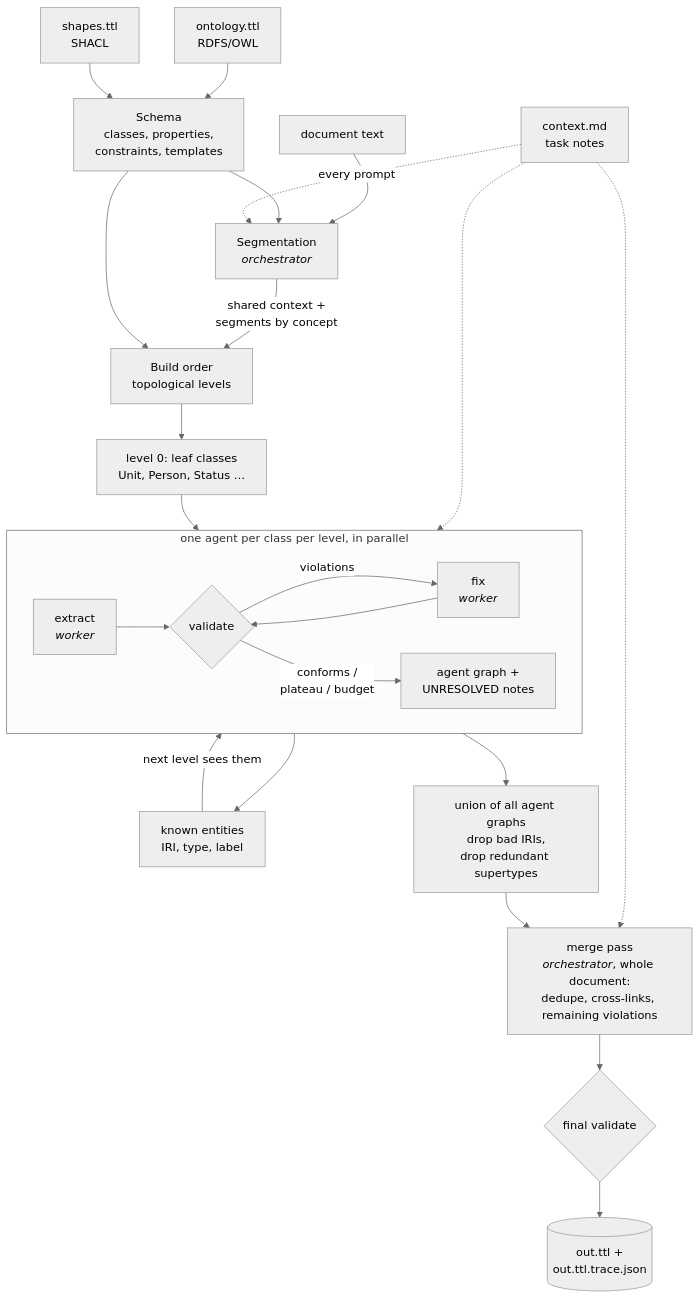
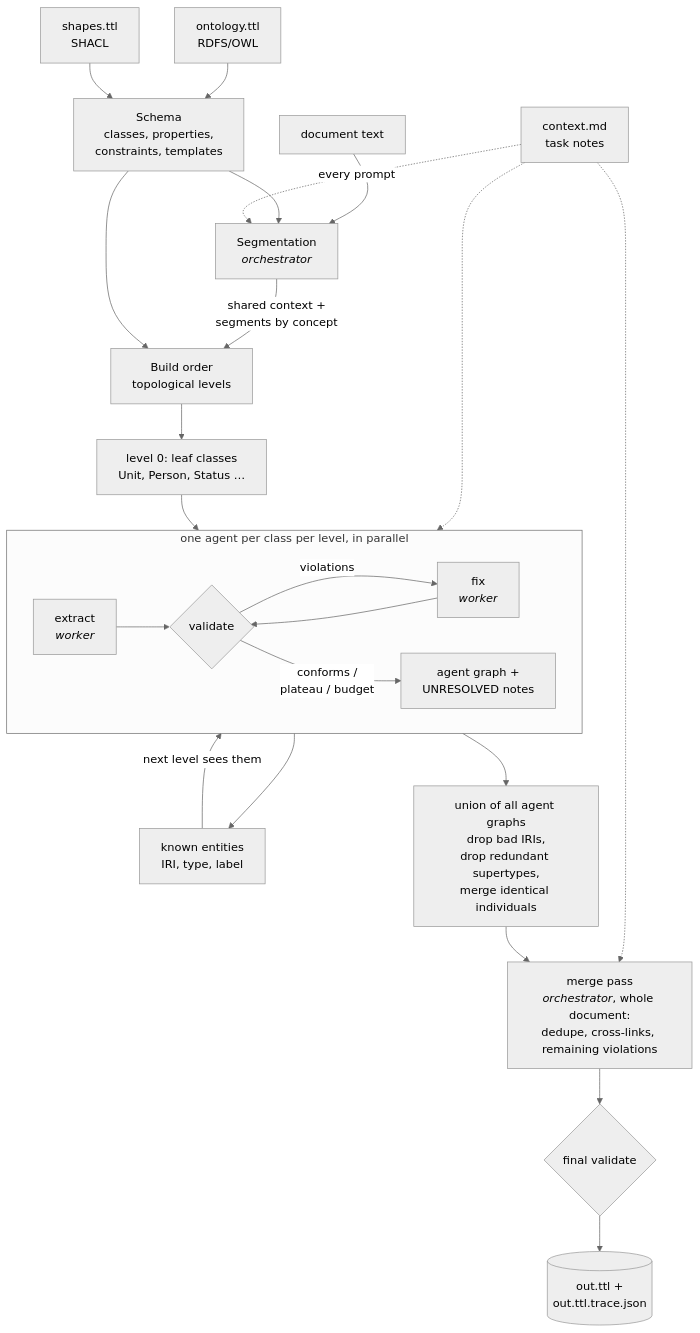
Before and after one commit to ensaremirerol/kgdc: the first of 4 diagrams in README.md, drawn with Mermaid (neutral theme). The commit also changed other lines of this file and 5 other files, not shown here.

Commit message:
merge identical individuals by rule before and after the merge pass (NOTES 62): CHR macro 0.839 -> 0.844, micro 0.813 -> 0.822, 21 documents better, none worse

````diff
--- a/README.md
+++ b/README.md
@@ -141,27 +141,27 @@
 ```mermaid
 flowchart TD
     O[ontology.ttl<br/>RDFS/OWL] --> S[Schema<br/>classes, properties,<br/>constraints, templates]
     H[shapes.ttl<br/>SHACL] --> S
     T[document text] --> SEG
     S --> SEG[Segmentation<br/><i>orchestrator</i>]
     C[context.md<br/>task notes] -. every prompt .-> SEG
     C -.-> AG
     C -.-> MERGE
     SEG --> |shared context +<br/>segments by concept| BO[Build order<br/>topological levels]
     S --> BO
     BO --> L0[level 0: leaf classes<br/>Unit, Person, Status …]
     L0 --> AG
     subgraph AG [one agent per class per level, in parallel]
         direction LR
         X[extract<br/><i>worker</i>] --> V{validate}
         V -- violations --> F[fix<br/><i>worker</i>]
         F --> V
         V -- conforms /<br/>plateau / budget --> D[agent graph +<br/>UNRESOLVED notes]
     end
     AG --> K[known entities<br/>IRI, type, label]
     K --> |next level sees them| AG
-    AG --> U[union of all agent graphs<br/>drop bad IRIs,<br/>drop redundant supertypes]
+    AG --> U[union of all agent graphs<br/>drop bad IRIs,<br/>drop redundant supertypes,<br/>merge identical individuals]
     U --> MERGE[merge pass<br/><i>orchestrator</i>, whole document:<br/>dedupe, cross-links, remaining violations]
     MERGE --> FV{final validate}
     FV --> OUT[(out.ttl +<br/>out.ttl.trace.json)]
 ```
````
